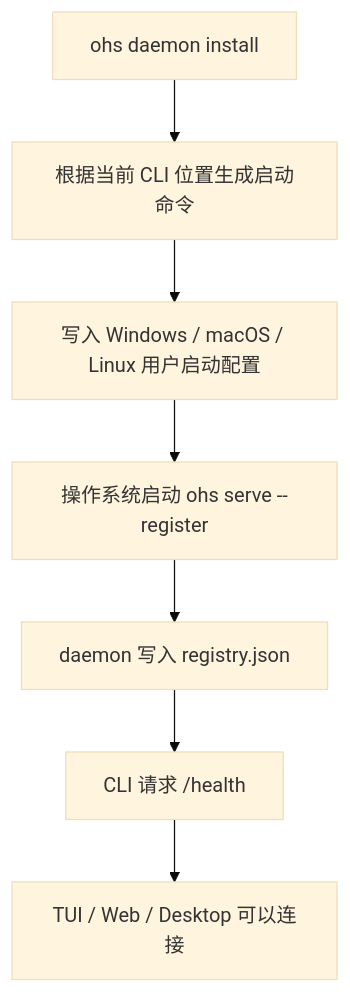
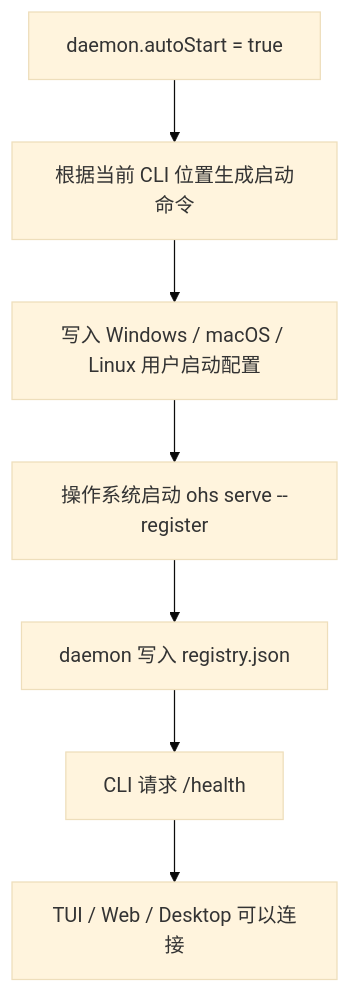
Before and after one commit to rzx007/openharness-ts: the diagram in docs/daemon-system-service.md, drawn with Mermaid (base theme). The commit also changed other lines of this file and 3 other files, not shown here.

````diff
--- a/docs/daemon-system-service.md
+++ b/docs/daemon-system-service.md
@@ -39,9 +63,9 @@
 ```mermaid
 flowchart TD
-    Install["ohs daemon install"] --> Build["根据当前 CLI 位置生成启动命令"]
+    Setting["daemon.autoStart = true"] --> Build["根据当前 CLI 位置生成启动命令"]
     Build --> OS["写入 Windows / macOS / Linux 用户启动配置"]
     OS --> Start["操作系统启动 ohs serve --register"]
     Start --> Registry["daemon 写入 registry.json"]
     Registry --> Health["CLI 请求 /health"]
     Health --> Ready["TUI / Web / Desktop 可以连接"]
 ```
````
